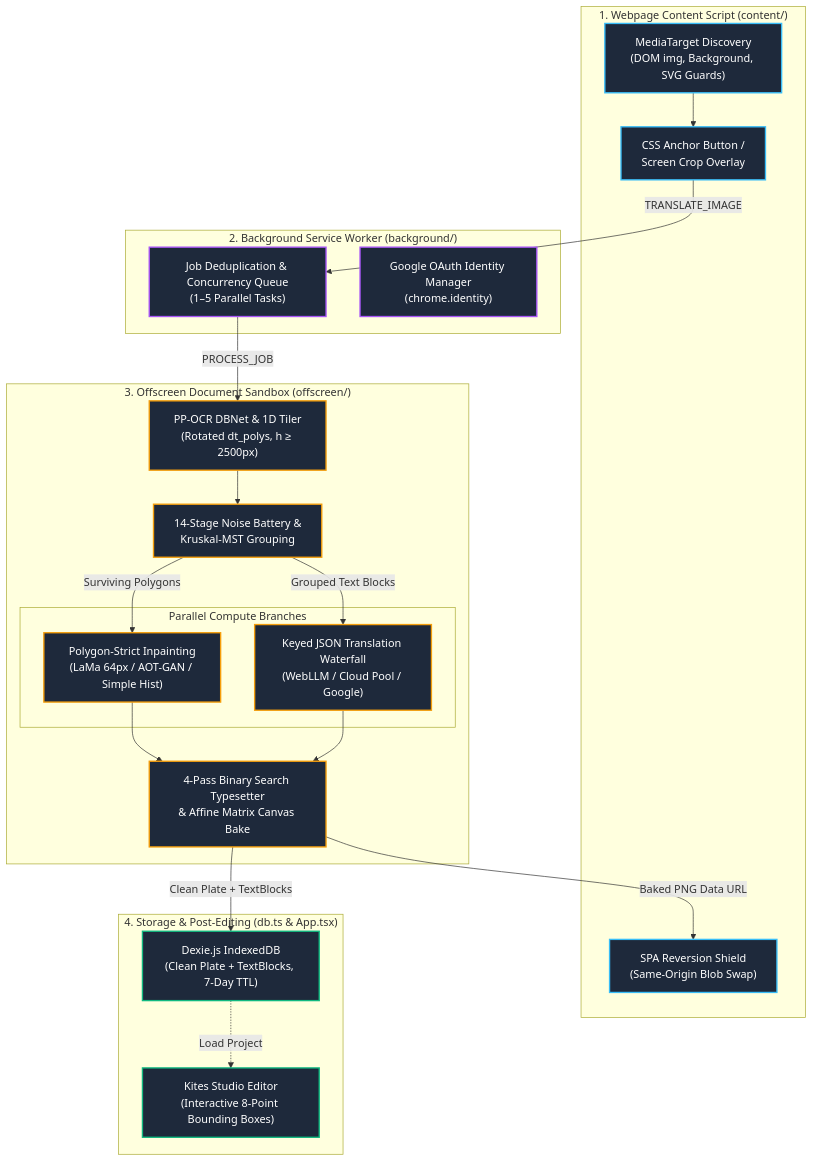
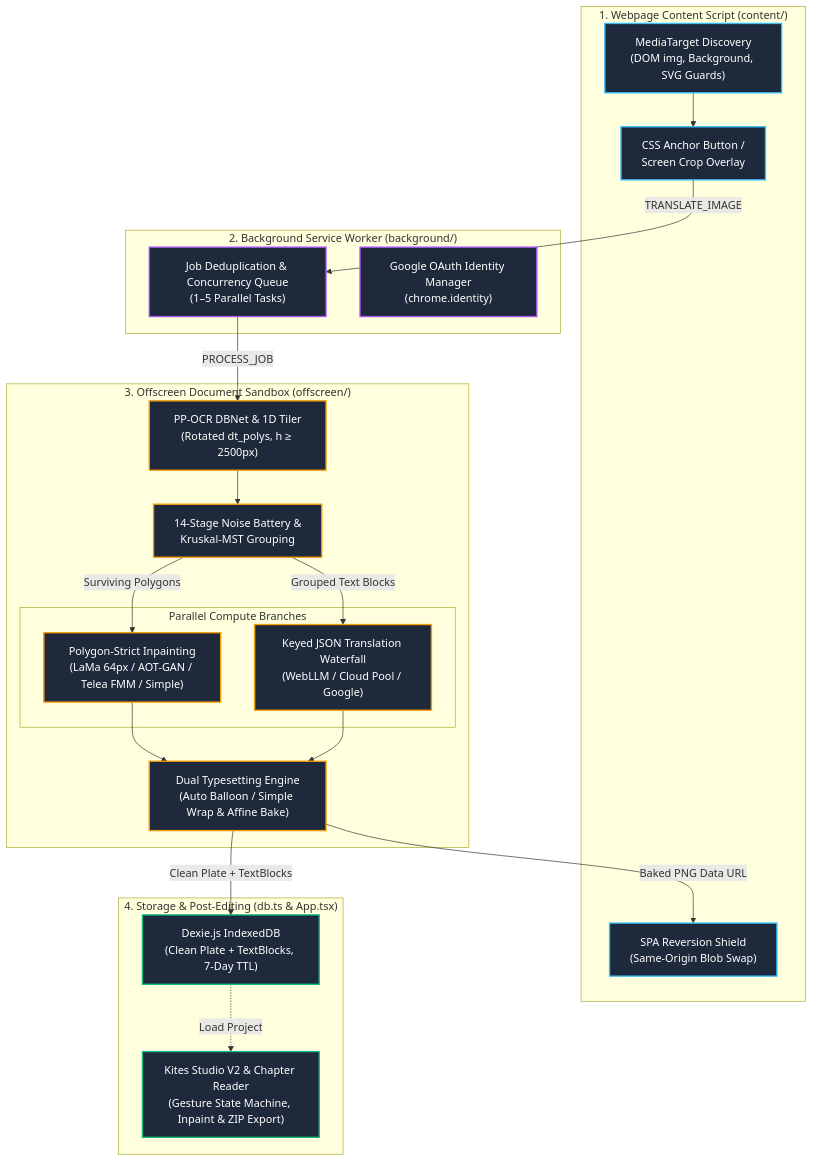
The diagram in docs/README.md (Unheat/Kites), drawn with Mermaid before and after one commit. The commit also changed other lines of this file and 15 other files, not shown here.

Commit message:
docs: add Devlog 049, ADR-007, ADR-008, update architecture and workarounds for v1.2.1

````diff
--- a/docs/README.md
+++ b/docs/README.md
@@ -11,47 +11,47 @@
 ```mermaid
 flowchart TD
     classDef web fill:#1e293b,stroke:#38bdf8,stroke-width:2px,color:#fff;
     classDef worker fill:#1e293b,stroke:#a855f7,stroke-width:2px,color:#fff;
     classDef offscreen fill:#1e293b,stroke:#f59e0b,stroke-width:2px,color:#fff;
     classDef storage fill:#1e293b,stroke:#10b981,stroke-width:2px,color:#fff;
 
     subgraph ContentScript["1. Webpage Content Script (content/)"]
         DOMImg["MediaTarget Discovery<br/>(DOM img, Background, SVG Guards)"]:::web
         HoverBtn["CSS Anchor Button /<br/>Screen Crop Overlay"]:::web
         DOMSwap["SPA Reversion Shield<br/>(Same-Origin Blob Swap)"]:::web
     end
 
     subgraph BackgroundWorker["2. Background Service Worker (background/)"]
         JobQueue["Job Deduplication & Concurrency Queue<br/>(1–5 Parallel Tasks)"]:::worker
         AuthToken["Google OAuth Identity Manager<br/>(chrome.identity)"]:::worker
     end
 
     subgraph OffscreenRuntime["3. Offscreen Document Sandbox (offscreen/)"]
         OCRDetect["PP-OCR DBNet & 1D Tiler<br/>(Rotated dt_polys, h ≥ 2500px)"]:::offscreen
         NoiseFilter["14-Stage Noise Battery &<br/>Kruskal-MST Grouping"]:::offscreen
         
         subgraph ParallelCompute["Parallel Compute Branches"]
-            InpaintEng["Polygon-Strict Inpainting<br/>(LaMa 64px / AOT-GAN / Simple Hist)"]:::offscreen
+            InpaintEng["Polygon-Strict Inpainting<br/>(LaMa 64px / AOT-GAN / Telea FMM / Simple)"]:::offscreen
             TransWaterfall["Keyed JSON Translation Waterfall<br/>(WebLLM / Cloud Pool / Google)"]:::offscreen
         end
 
-        Typesetter["4-Pass Binary Search Typesetter<br/>& Affine Matrix Canvas Bake"]:::offscreen
+        Typesetter["Dual Typesetting Engine<br/>(Auto Balloon / Simple Wrap & Affine Bake)"]:::offscreen
     end
 
     subgraph StorageLayer["4. Storage & Post-Editing (db.ts & App.tsx)"]
         IndexedDB["Dexie.js IndexedDB<br/>(Clean Plate + TextBlocks, 7-Day TTL)"]:::storage
-        StudioApp["Kites Studio Editor<br/>(Interactive 8-Point Bounding Boxes)"]:::storage
+        StudioApp["Kites Studio V2 & Chapter Reader<br/>(Gesture State Machine, Inpaint & ZIP Export)"]:::storage
     end
 
     DOMImg --> HoverBtn
     HoverBtn -->|TRANSLATE_IMAGE| JobQueue
     JobQueue -->|PROCESS_JOB| OCRDetect
     OCRDetect --> NoiseFilter
     NoiseFilter -->|Surviving Polygons| InpaintEng
     NoiseFilter -->|Grouped Text Blocks| TransWaterfall
     InpaintEng --> Typesetter
     TransWaterfall --> Typesetter
     Typesetter -->|Clean Plate + TextBlocks| IndexedDB
     Typesetter -->|Baked PNG Data URL| DOMSwap
     IndexedDB -.->|Load Project| StudioApp
 ```
````
